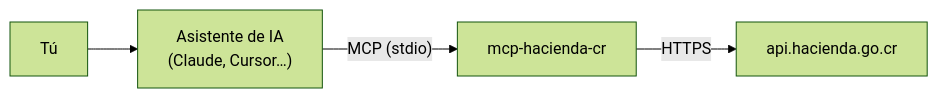
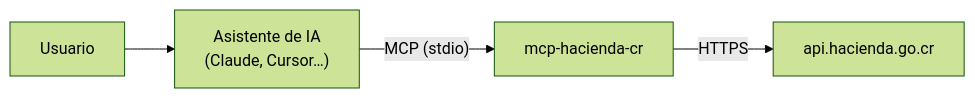
The diagram in README.md (jmnzcn/mcp-hacienda-cr), drawn with Mermaid (forest theme) before and after one commit. The commit also changed other lines of this file, not shown here.

````diff
--- a/README.md
+++ b/README.md
@@ -81,6 +78,6 @@
 ```mermaid
 flowchart LR
-    U["Tú"] --> A["Asistente de IA<br/>(Claude, Cursor…)"]
+    U["Usuario"] --> A["Asistente de IA<br/>(Claude, Cursor…)"]
     A -- "MCP (stdio)" --> S["mcp-hacienda-cr"]
     S -- "HTTPS" --> H["api.hacienda.go.cr"]
 ```
````
